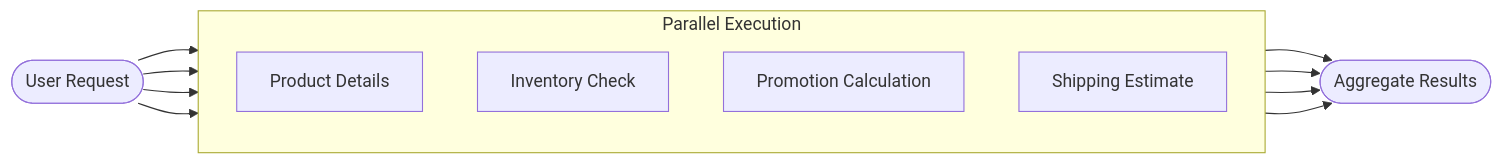
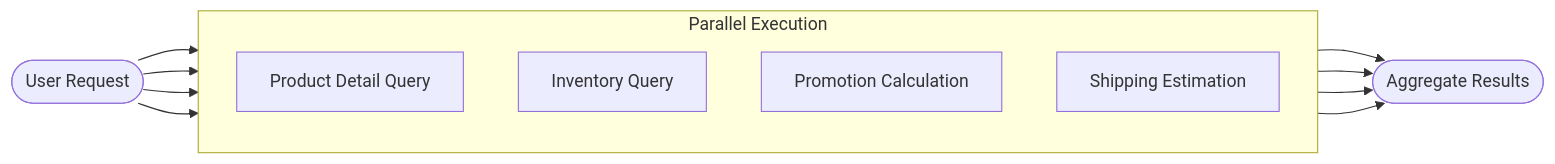
Before and after one commit to TBice123123/langchain-dev-utils: the second of 2 diagrams in docs/en/adavance-guide/graph.md, drawn with Mermaid. The commit also changed other lines of this file and 37 other files, not shown here.

````diff
--- a/docs/en/adavance-guide/graph.md
+++ b/docs/en/adavance-guide/graph.md
@@ -217,24 +189,24 @@
 ```mermaid
 graph LR
     Start([User Request])
     
     subgraph Parallel [Parallel Execution]
         direction TB
-        Prod[Product Details]
-        Inv[Inventory Check]
+        Prod[Product Detail Query]
+        Inv[Inventory Query]
         Prom[Promotion Calculation]
-        Ship[Shipping Estimate]
+        Ship[Shipping Estimation]
     end
     
     End([Aggregate Results])
 
     Start --> Prod
     Start --> Inv
     Start --> Prom
     Start --> Ship
 
     Prod --> End
     Inv --> End
     Prom --> End
     Ship --> End
 ```
````
